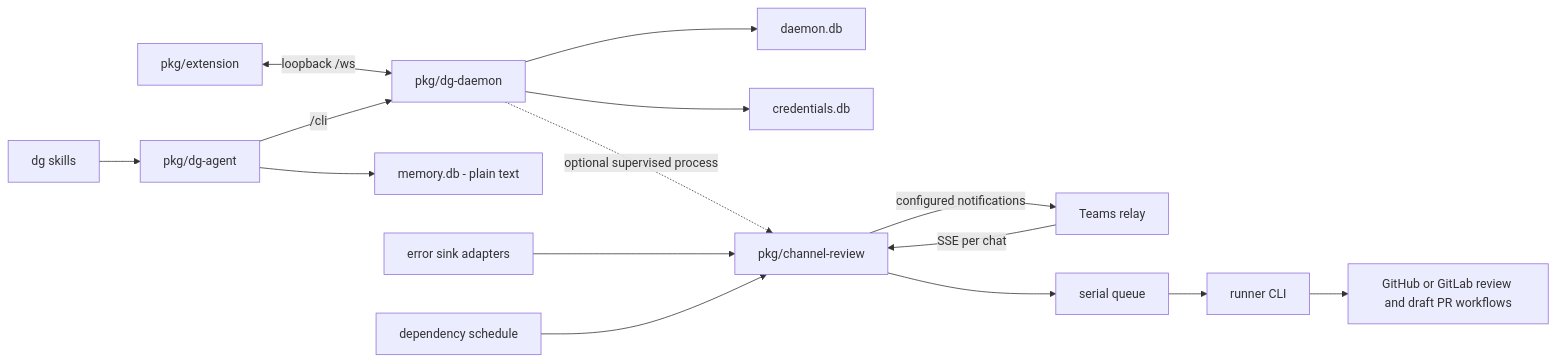
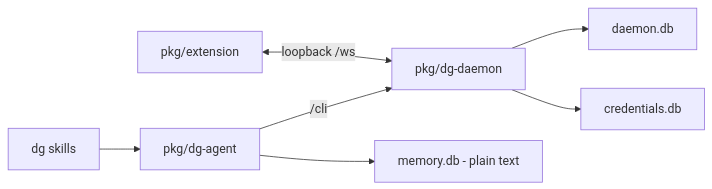
Before and after one commit to detailedghost/dg-ai: the diagram in docs/adr/toc.md, drawn with Mermaid. The commit also changed other lines of this file and 277 other files, not shown here.

````diff
--- a/docs/adr/toc.md
+++ b/docs/adr/toc.md
@@ -9,17 +9,9 @@
 ```mermaid
 flowchart LR
     S["dg skills"] --> A["pkg/dg-agent"]
     E["pkg/extension"] <-->|"loopback /ws"| D["pkg/dg-daemon"]
     A -->|"/cli"| D
     D --> DB["daemon.db"]
     D --> CB["credentials.db"]
     A --> MB["memory.db - plain text"]
-    D -.->|"optional supervised process"| C["pkg/channel-review"]
-    T["Teams relay"] -->|"SSE per chat"| C
-    ER["error sink adapters"] --> C
-    TI["dependency schedule"] --> C
-    C --> Q["serial queue"]
-    Q --> R["runner CLI"]
-    R --> V["GitHub or GitLab review and draft PR workflows"]
-    C -->|"configured notifications"| T
 ```
````
